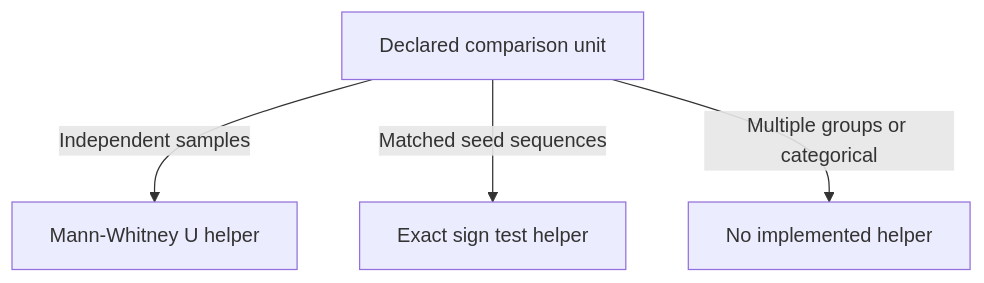
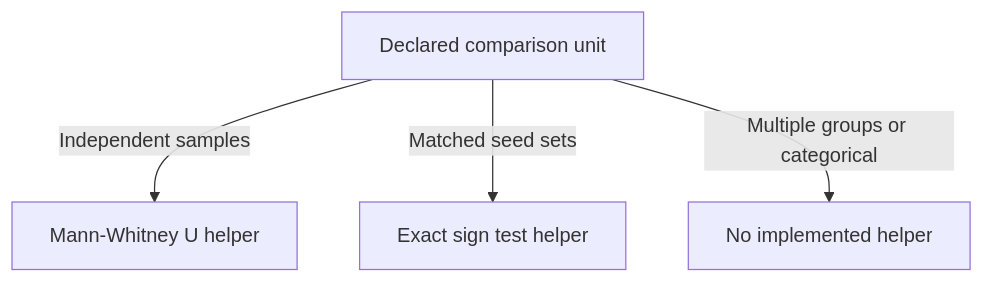
The second of 5 diagrams in plans/07-Benchmarking/04-Analysis/03-significance-testing.md (Evintkoo/2048-ml), drawn with Mermaid before and after one commit. The commit also changed other lines of this file and 32 other files, not shown here.

````diff
--- a/plans/07-Benchmarking/04-Analysis/03-significance-testing.md
+++ b/plans/07-Benchmarking/04-Analysis/03-significance-testing.md
@@ -35,6 +35,6 @@
 ```mermaid
 graph TD
     A[Declared comparison unit] -->|Independent samples| B[Mann-Whitney U helper]
-    A -->|Matched seed sequences| C[Exact sign test helper]
+    A -->|Matched seed sets| C[Exact sign test helper]
     A -->|Multiple groups or categorical| D[No implemented helper]
 ```
````
